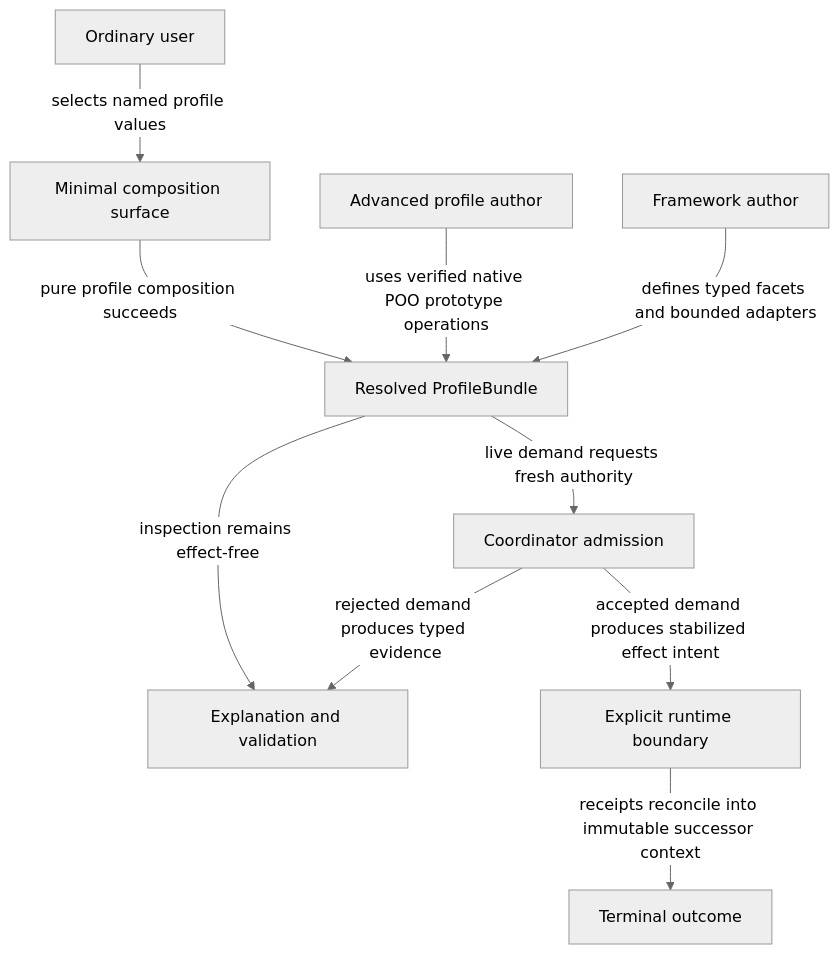
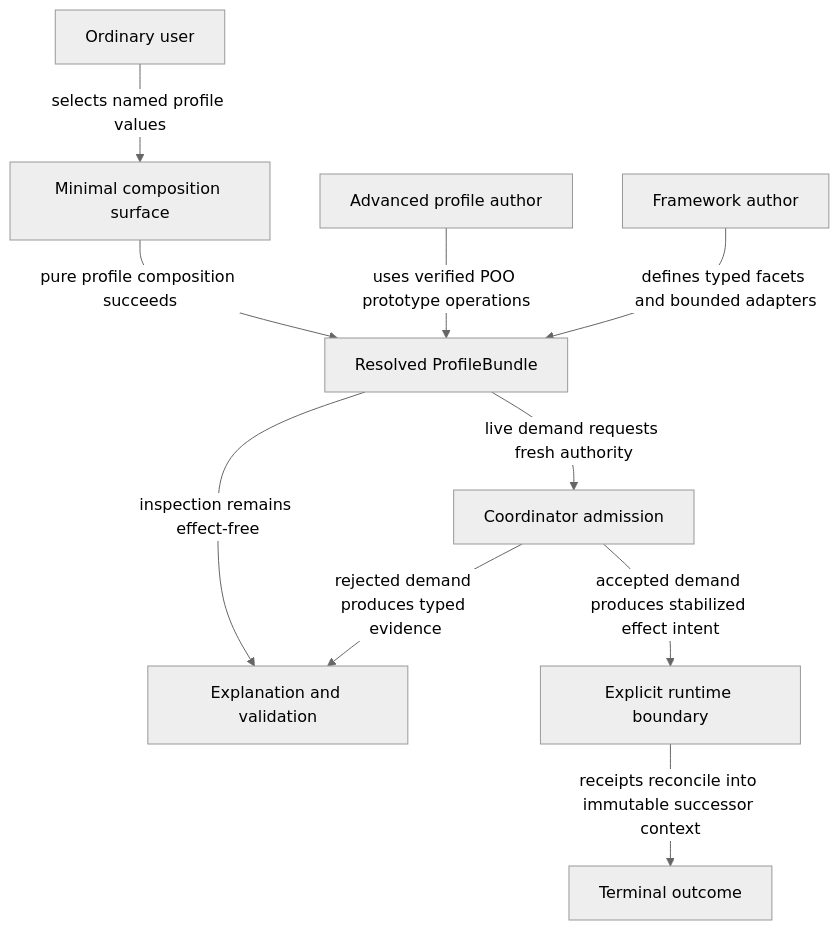
Before and after one commit to tao3k/gebril-yuanxu: the second of 2 diagrams in module-system/design/45-110-recovery-observability-profile-projection-and-minimal-use-composition-surface.org, drawn with Mermaid (neutral theme). The commit also changed other lines of this file and 1469 other files, not shown here.

```diff
--- a/module-system/design/45-110-recovery-observability-profile-projection-and-minimal-use-composition-surface.org
+++ b/module-system/design/45-110-recovery-observability-profile-projection-and-minimal-use-composition-surface.org
@@ -411,12 +411,12 @@
 #+begin_src mermaid
 flowchart TD
   O["Ordinary user"] -->|"selects named profile values"| U["Minimal composition surface"]
   U -->|"pure profile composition succeeds"| P["Resolved ProfileBundle"]
   P -->|"inspection remains effect-free"| I["Explanation and validation"]
   P -->|"live demand requests fresh authority"| C["Coordinator admission"]
-  A["Advanced profile author"] -->|"uses verified native POO prototype operations"| P
+  A["Advanced profile author"] -->|"uses verified POO prototype operations"| P
   F["Framework author"] -->|"defines typed facets and bounded adapters"| P
   C -->|"accepted demand produces stabilized effect intent"| R["Explicit runtime boundary"]
   C -->|"rejected demand produces typed evidence"| I
   R -->|"receipts reconcile into immutable successor context"| T["Terminal outcome"]
 #+end_src
```
